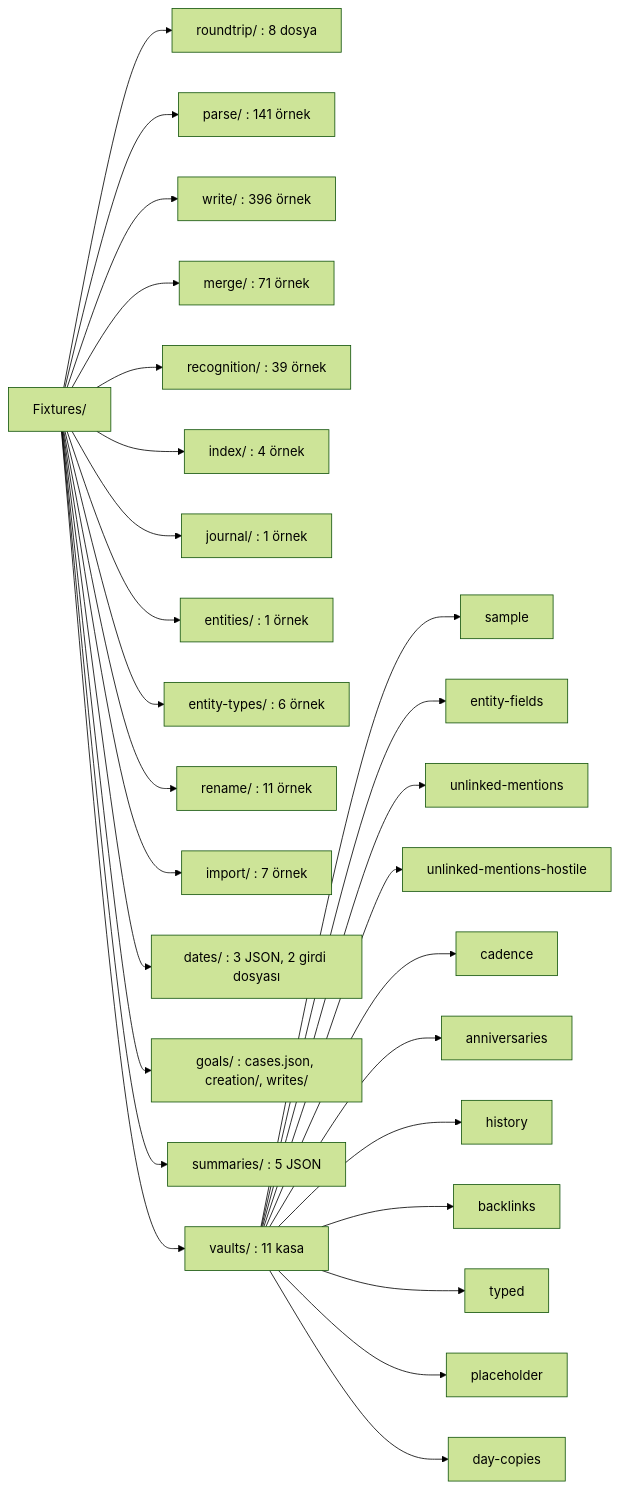
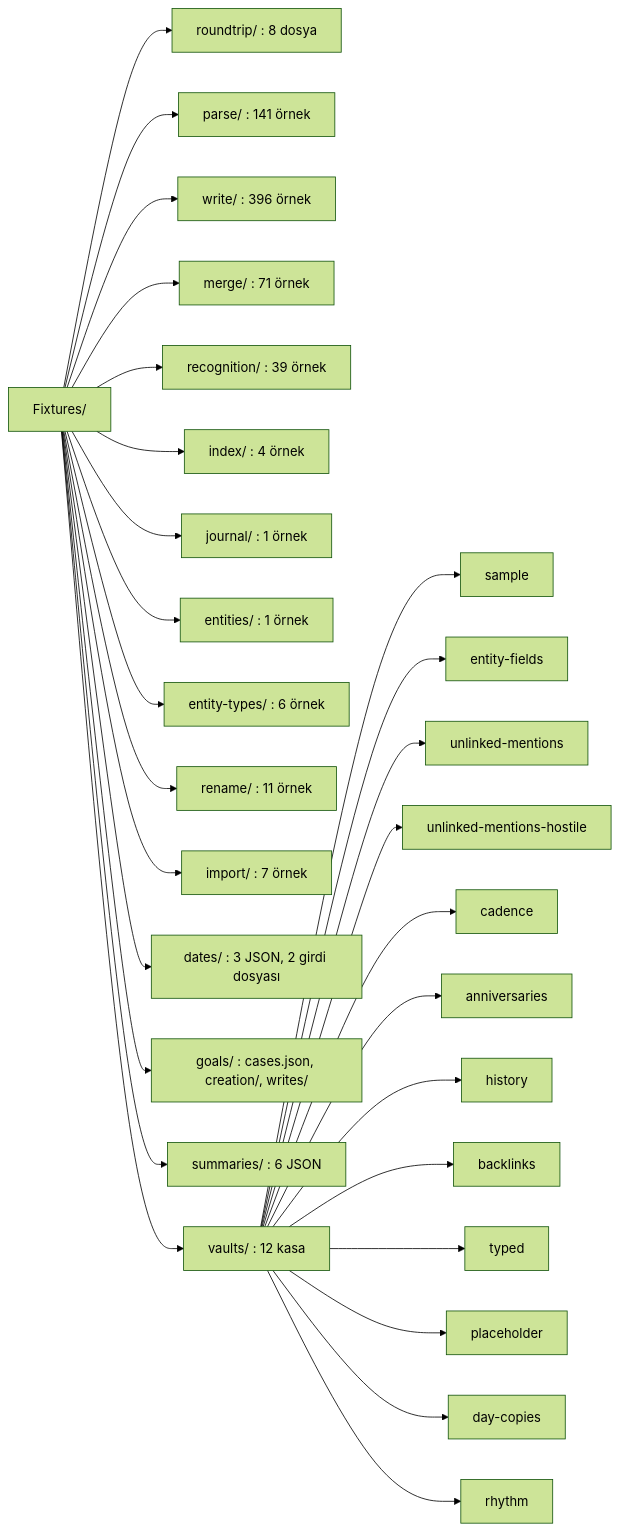
Before and after one commit to dogancanyildiz/kenet: the first of 11 diagrams in docs/fixtures.md, drawn with Mermaid (forest theme). The commit also changed other lines of this file and 55 other files, not shown here.

````diff
--- a/docs/fixtures.md
+++ b/docs/fixtures.md
@@ -15,30 +15,31 @@
 ```mermaid
 flowchart LR
   F["Fixtures/"]
   F --> RT["roundtrip/ : 8 dosya"]
   F --> PA["parse/ : 141 örnek"]
   F --> WR["write/ : 396 örnek"]
   F --> ME["merge/ : 71 örnek"]
   F --> RE["recognition/ : 39 örnek"]
   F --> IX["index/ : 4 örnek"]
   F --> JO["journal/ : 1 örnek"]
   F --> EN["entities/ : 1 örnek"]
   F --> ET["entity-types/ : 6 örnek"]
   F --> RN["rename/ : 11 örnek"]
   F --> IM["import/ : 7 örnek"]
   F --> DA["dates/ : 3 JSON, 2 girdi dosyası"]
   F --> GO["goals/ : cases.json, creation/, writes/"]
-  F --> SU["summaries/ : 5 JSON"]
-  F --> VA["vaults/ : 11 kasa"]
+  F --> SU["summaries/ : 6 JSON"]
+  F --> VA["vaults/ : 12 kasa"]
   VA --> V1["sample"]
   VA --> V2["entity-fields"]
   VA --> V3["unlinked-mentions"]
   VA --> V4["unlinked-mentions-hostile"]
   VA --> V5["cadence"]
   VA --> V6["anniversaries"]
   VA --> V7["history"]
   VA --> V8["backlinks"]
   VA --> V9["typed"]
   VA --> V10["placeholder"]
   VA --> V11["day-copies"]
+  VA --> V12["rhythm"]
 ```
````
